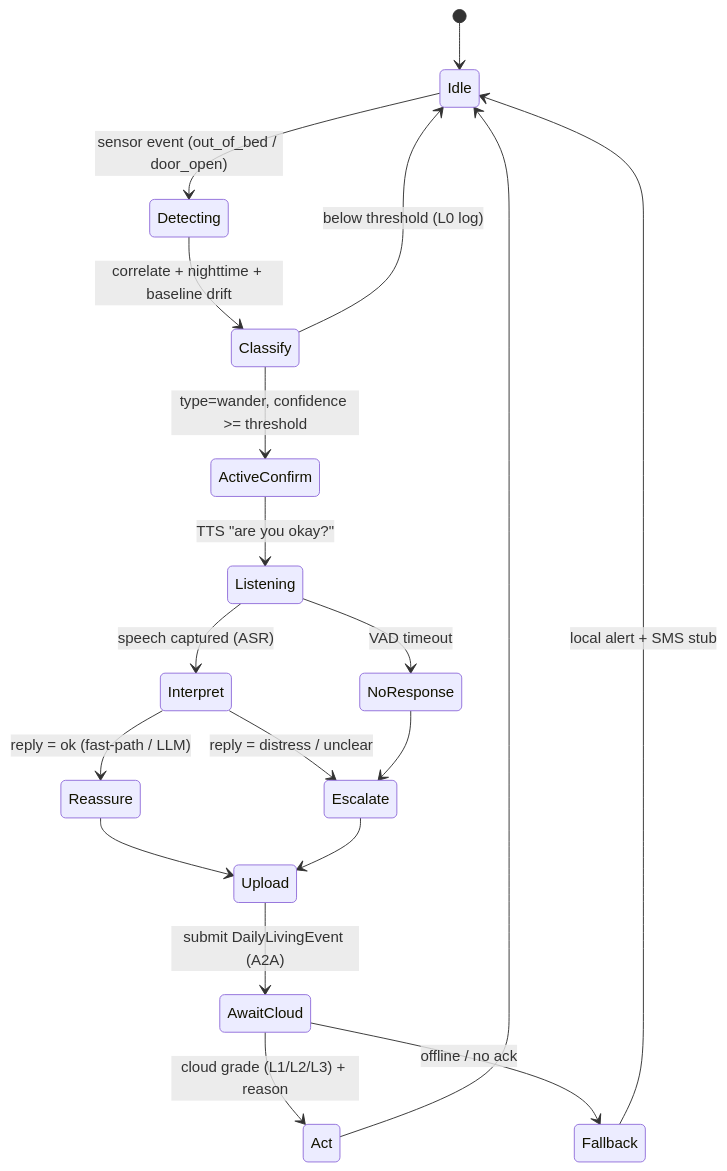
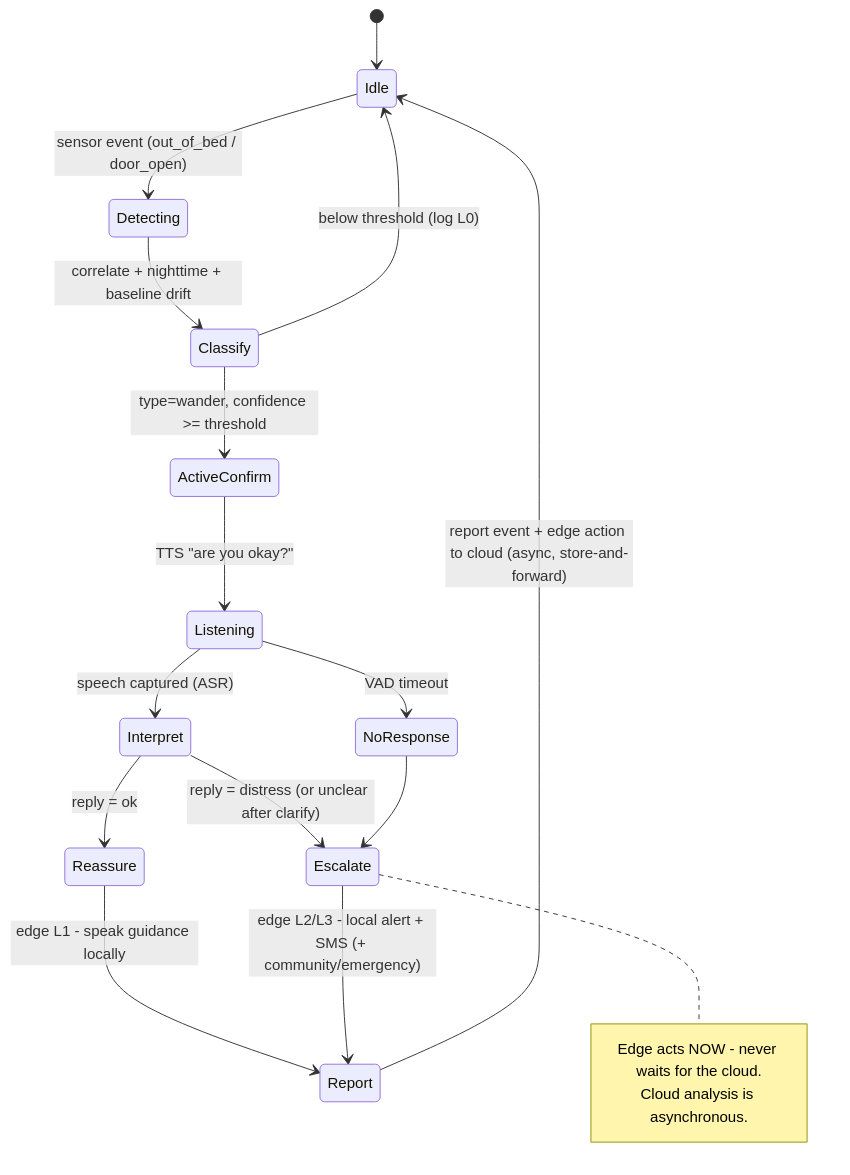
The diagram in spec/edge-design.md (galiacheng/AiraCare), drawn with Mermaid before and after one commit. The commit also changed other lines of this file and 2 other files, not shown here.

First line of the commit message:
docs: edge-authoritative graded action; async cloud assessment + policy piggyback

````diff
--- a/spec/edge-design.md
+++ b/spec/edge-design.md
@@ -82,24 +92,25 @@
 ```mermaid
 stateDiagram-v2
     [*] --> Idle
     Idle --> Detecting: sensor event (out_of_bed / door_open)
     Detecting --> Classify: correlate + nighttime + baseline drift
+    Classify --> Idle: below threshold (log L0)
     Classify --> ActiveConfirm: type=wander, confidence >= threshold
-    Classify --> Idle: below threshold (L0 log)
 
     ActiveConfirm --> Listening: TTS "are you okay?"
     Listening --> Interpret: speech captured (ASR)
     Listening --> NoResponse: VAD timeout
 
-    Interpret --> Reassure: reply = ok (fast-path / LLM)
-    Interpret --> Escalate: reply = distress / unclear
+    Interpret --> Reassure: reply = ok
+    Interpret --> Escalate: reply = distress (or unclear after clarify)
     NoResponse --> Escalate
 
-    Reassure --> Upload
-    Escalate --> Upload
-    Upload --> AwaitCloud: submit DailyLivingEvent (A2A)
-    AwaitCloud --> Act: cloud grade (L1/L2/L3) + reason
-    AwaitCloud --> Fallback: offline / no ack
-    Act --> Idle
-    Fallback --> Idle: local alert + SMS stub
+    Reassure --> Report: edge L1 - speak guidance locally
+    Escalate --> Report: edge L2/L3 - local alert + SMS (+ community/emergency)
+    Report --> Idle: report event + edge action to cloud (async, store-and-forward)
+
+    note right of Escalate
+        Edge acts NOW - never waits for the cloud.
+        Cloud analysis is asynchronous.
+    end note
 ```
````
